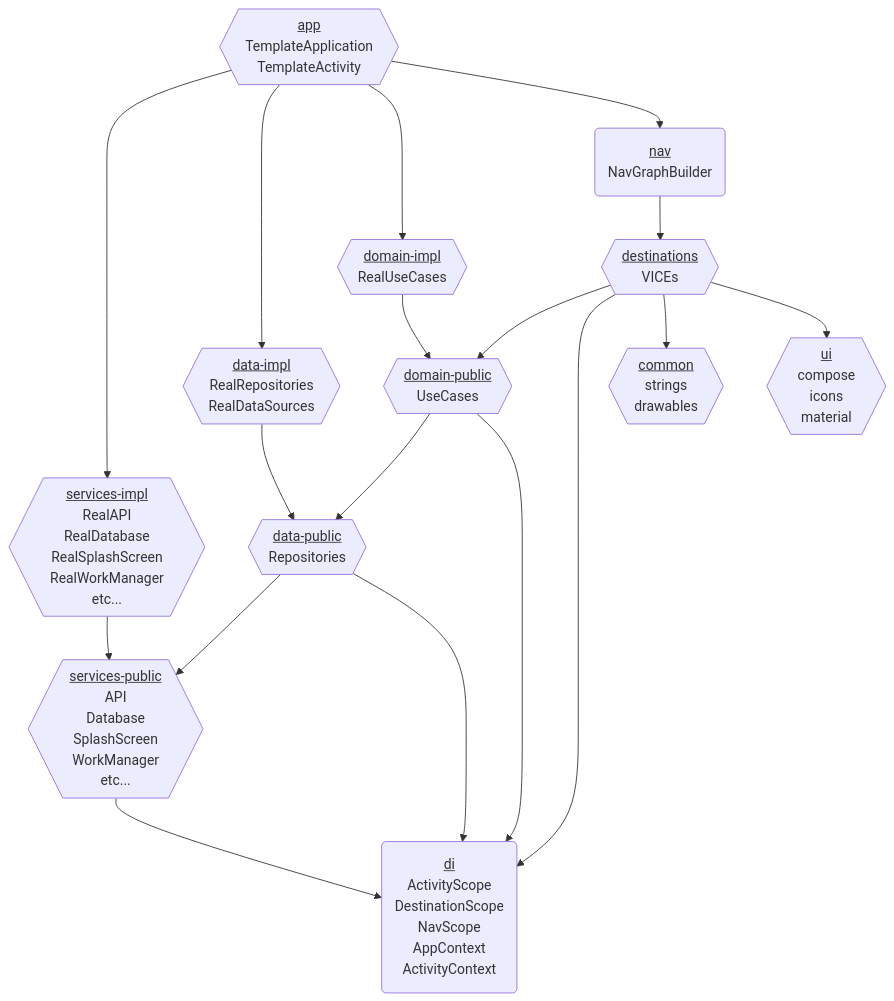
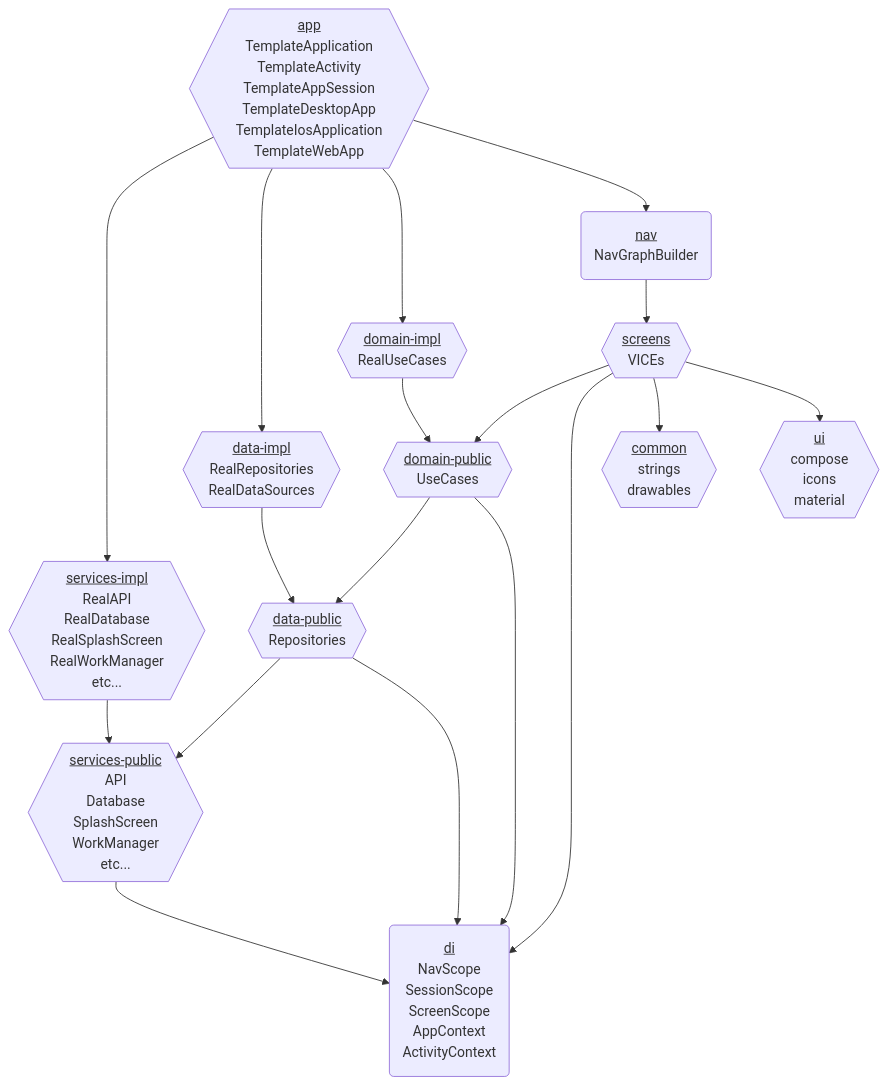
One commit to eygraber/jellyfin-kmp changed the diagram in .docs/ProjectLayout.md. Above: the diagram before and after it, drawn with Mermaid. The commit also changed other lines of this file and 20 other files, not shown here.

````diff
--- a/.docs/ProjectLayout.md
+++ b/.docs/ProjectLayout.md
@@ -11,28 +11,28 @@
 ```mermaid
 graph TD;
-    app{{<span style='text-decoration:underline'>app</span><br/>TemplateApplication<br/>TemplateActivity}};
+    app{{<span style='text-decoration:underline'>app</span><br/>TemplateApplication<br/>TemplateActivity<br/>TemplateAppSession<br/>TemplateDesktopApp<br/>TemplateIosApplication<br/>TemplateWebApp}};
     common{{<span style='text-decoration:underline'>common</span><br/>strings<br/>drawables}};
     data-impl{{<span style='text-decoration:underline'>data-impl</span><br/>RealRepositories<br/>RealDataSources}};
     data-public{{<span style='text-decoration:underline'>data-public</span><br/>Repositories}};
-    destinations{{<span style='text-decoration:underline'>destinations</span><br/>VICEs}};
-    di(<span style='text-decoration:underline'>di</span><br/>ActivityScope<br/>DestinationScope<br/>NavScope<br/>AppContext<br/>ActivityContext);
+    di(<span style='text-decoration:underline'>di</span><br/>NavScope<br/>SessionScope<br/>ScreenScope<br/>AppContext<br/>ActivityContext);
     domain-impl{{<span style='text-decoration:underline'>domain-impl</span><br/>RealUseCases}};
     domain-public{{<span style='text-decoration:underline'>domain-public</span><br/>UseCases}};
     nav(<span style='text-decoration:underline'>nav</span><br/>NavGraphBuilder);
+    screens{{<span style='text-decoration:underline'>screens</span><br/>VICEs}};
     services-impl{{<span style='text-decoration:underline'>services-impl</span><br/>RealAPI<br/>RealDatabase<br/>RealSplashScreen<br/>RealWorkManager<br/>etc...}};
     services-public{{<span style='text-decoration:underline'>services-public</span><br/>API<br/>Database<br/>SplashScreen<br/>WorkManager<br/>etc...}};
     ui{{<span style='text-decoration:underline'>ui</span><br/>compose<br/>icons<br/>material}};
     app-->services-impl-->services-public;
     app-->data-impl-->data-public;
     app-->domain-impl-->domain-public;
-    app-->nav-->destinations;
+    app-->nav-->screens;
     data-public-->services-public;
     services-public-->di;
     data-public-->di;
     domain-public-->data-public;
     domain-public-->di;
-    destinations-->domain-public;
-    destinations-->di;
-    destinations-->common;
-    destinations-->ui;
+    screens-->domain-public;
+    screens-->di;
+    screens-->common;
+    screens-->ui;
 ```
````
